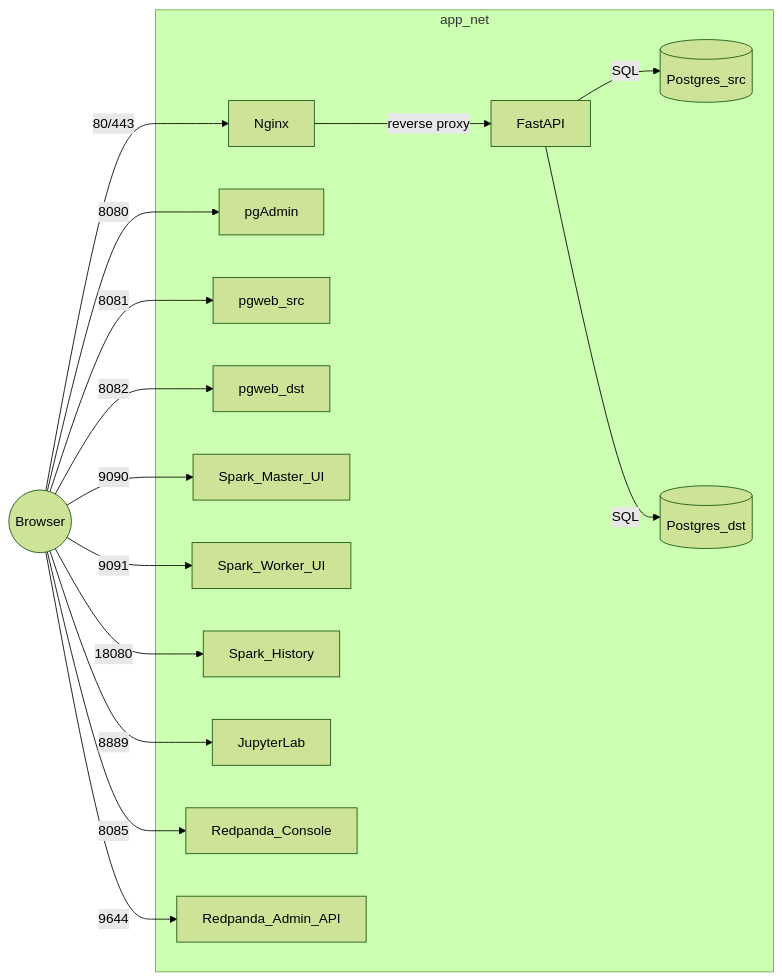
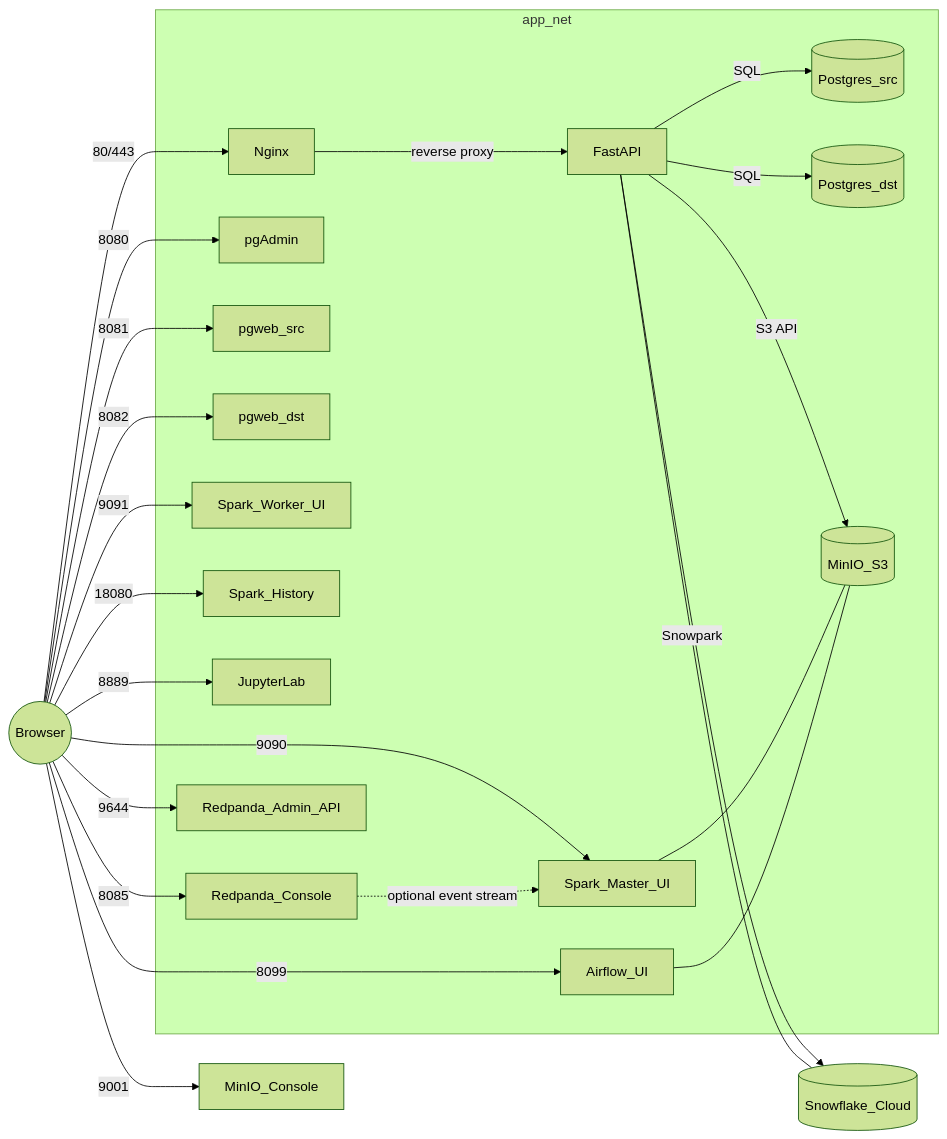
Before and after one commit to Cole-Dylewski/snowflake-terraform-demo: the diagram in README.md, drawn with Mermaid (forest theme). The commit also changed other lines of this file, not shown here.

````diff
--- a/README.md
+++ b/README.md
@@ -80,37 +99,48 @@
 ```mermaid
 flowchart LR
 Browser((Browser)) -->|80/443| Nginx[Nginx]
 Nginx -->|reverse proxy| API[FastAPI]
 API -->|SQL| SRC_DB[(Postgres_src)]
 API -->|SQL| DST_DB[(Postgres_dst)]
+API -->|Snowpark| SNOWFLAKE[(Snowflake_Cloud)]
+API -->|S3 API| MINIO[(MinIO_S3)]
 
 
 %% Direct-host UIs
 Browser -->|8080| PGADMIN[pgAdmin]
 Browser -->|8081| PGWEB_SRC[pgweb_src]
 Browser -->|8082| PGWEB_DST[pgweb_dst]
 Browser -->|9090| SPARK_MASTER[Spark_Master_UI]
 Browser -->|9091| SPARK_WORKER[Spark_Worker_UI]
 Browser -->|18080| SPARK_HISTORY[Spark_History]
 Browser -->|8889| JUPYTER[JupyterLab]
+Browser -->|8099| AIRFLOW_UI[Airflow_UI]
 Browser -->|8085| RP_CONSOLE[Redpanda_Console]
 Browser -->|9644| RP_ADMIN[Redpanda_Admin_API]
+Browser -->|9001| MINIO_CONSOLE[MinIO_Console]
 
 
 subgraph app_net
   Nginx
   API
   SRC_DB
   DST_DB
   PGADMIN
   PGWEB_SRC
   PGWEB_DST
   SPARK_MASTER
   SPARK_WORKER
   SPARK_HISTORY
   JUPYTER
+  AIRFLOW_UI
   RP_CONSOLE
   RP_ADMIN
+  MINIO
 end
 
+%% Data flows
+SPARK_MASTER --- MINIO
+AIRFLOW_UI --- MINIO
+RP_CONSOLE -. optional event stream .-> SPARK_MASTER
+SNOWFLAKE --- API
 ```
````
